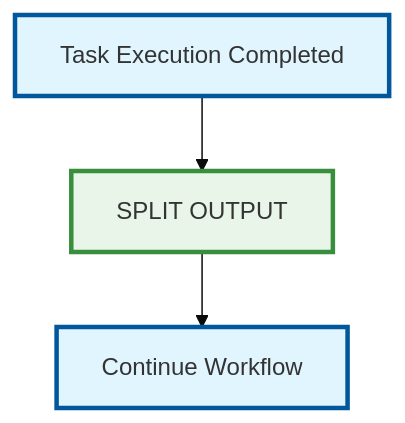
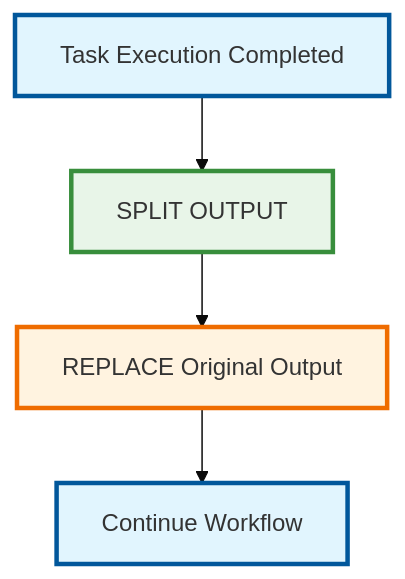
Diagram 15 of 15 in TaskER_FlowChart.md (bastelbude1/Tasker), drawn with Mermaid before and after one commit.

Commit message:
Enhance: Show output replacement behavior in Output Processing Block graph
- Added 'REPLACE Original Output' step to clearly show destructive nature
- Updated graph flow: Split Output → Replace Original Output → Continue Workflow
- Emphasizes that stdout/stderr is modified, not preserved alongside split result
- Critical visualization of the replacement behavior for subsequent processing
- Makes it clear that original output is lost after splitting operation

🤖 Generated with [Claude Code](https://claude.ai/code)

````diff
--- a/TaskER_FlowChart.md
+++ b/TaskER_FlowChart.md
@@ -763,10 +763,12 @@
 ```mermaid
 %%{init: {'theme':'base', 'themeVariables': {'primaryColor':'#ffffff'}}}%%
 flowchart TD
     A[Task Execution Completed] --> B[SPLIT OUTPUT]
-    B --> C[Continue Workflow]
+    B --> C[REPLACE Original Output]
+    C --> D[Continue Workflow]
 
     style A fill:#e1f5fe,stroke:#01579b,stroke-width:3px
     style B fill:#e8f5e8,stroke:#388e3c,stroke-width:3px
-    style C fill:#e1f5fe,stroke:#01579b,stroke-width:3px
+    style C fill:#fff3e0,stroke:#ef6c00,stroke-width:3px
+    style D fill:#e1f5fe,stroke:#01579b,stroke-width:3px
 ```
````
